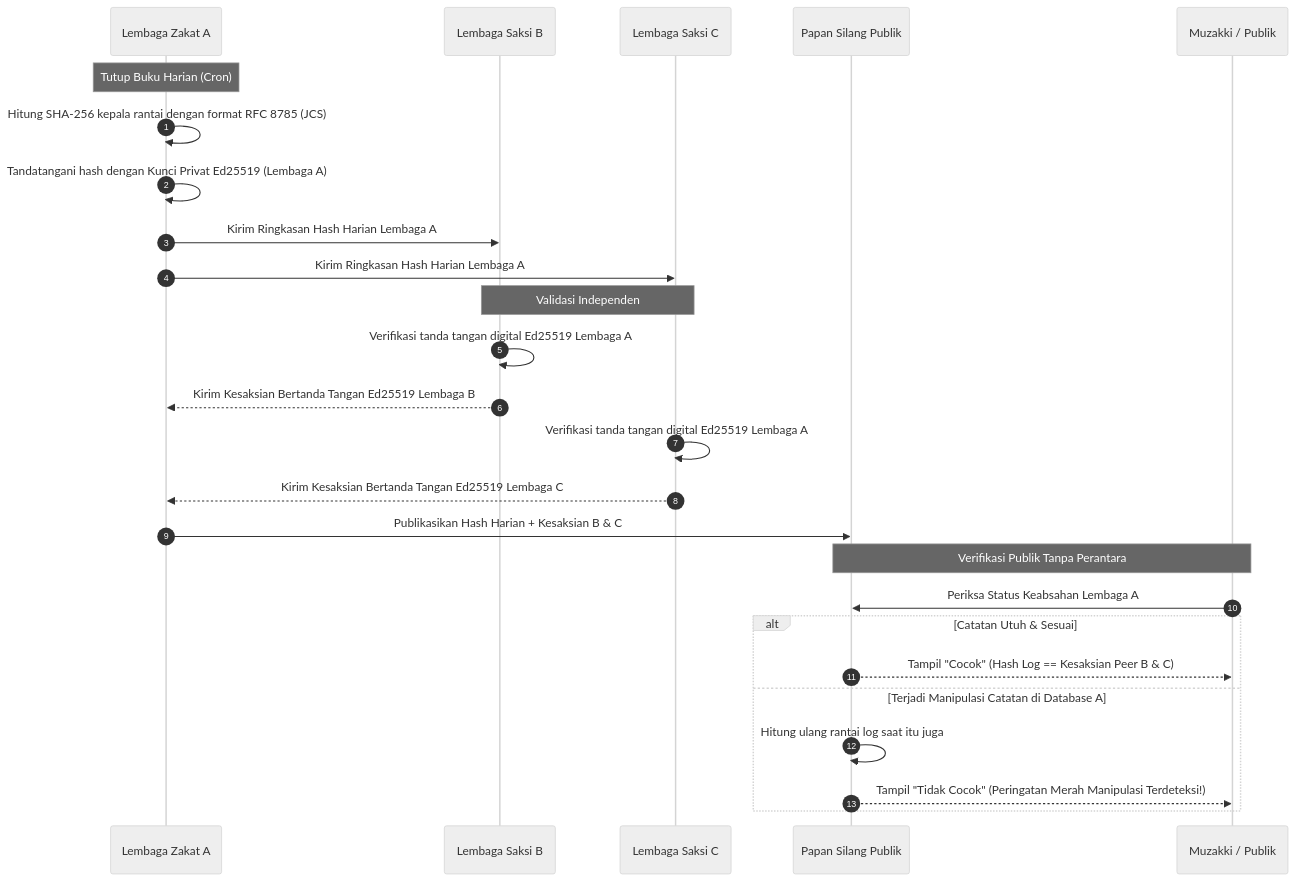
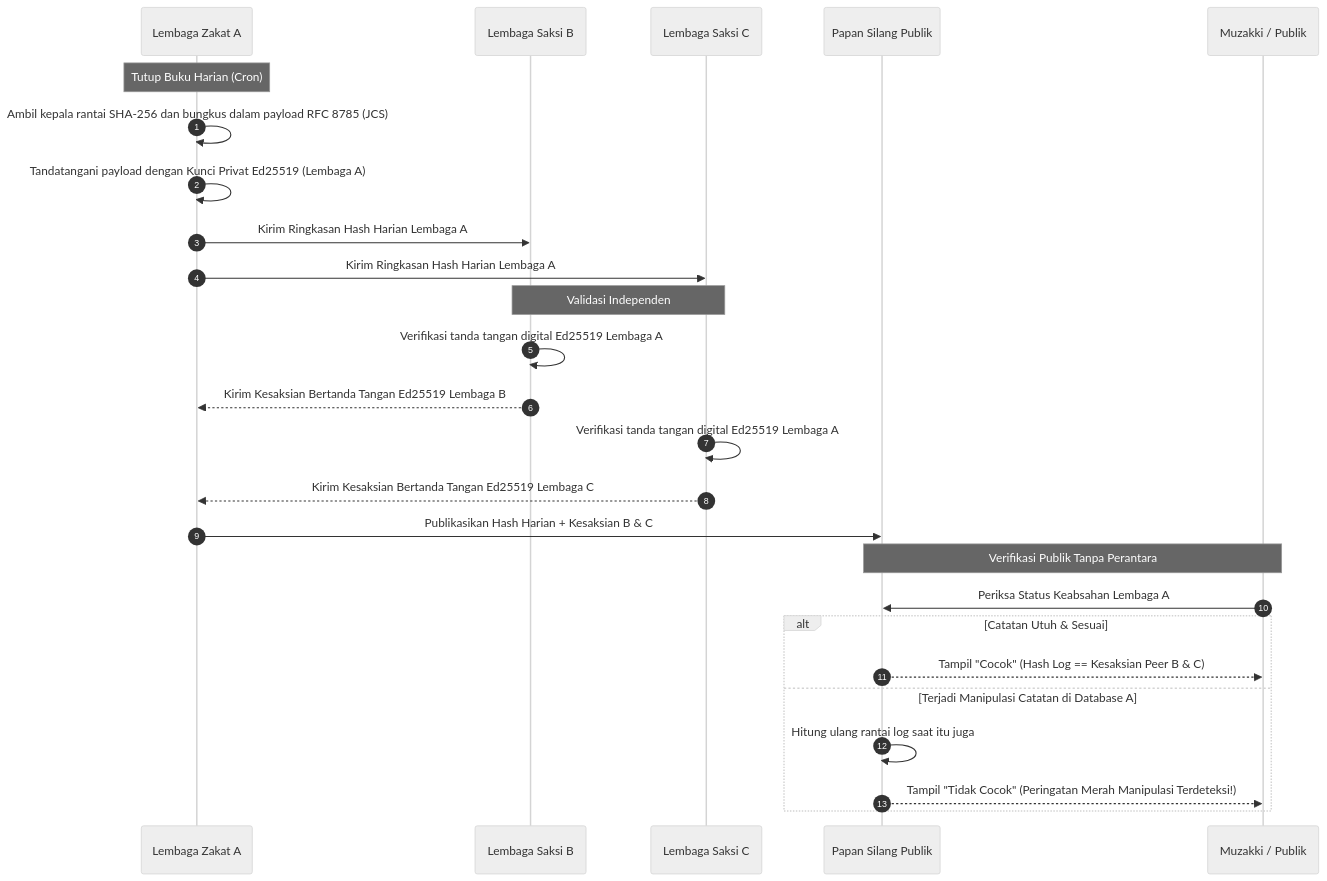
One commit to wakhidpangestu/zaky changed the second of 3 diagrams in README.md. Above: the diagram before and after it, drawn with Mermaid (neutral theme). The commit also changed other lines of this file and 15 other files, not shown here.

````diff
--- a/README.md
+++ b/README.md
@@ -153,32 +154,32 @@
 ```mermaid
 sequenceDiagram
     autonumber
     participant A as Lembaga Zakat A
     participant B as Lembaga Saksi B
     participant C as Lembaga Saksi C
     participant PS as Papan Silang Publik
     participant Pub as Muzakki / Publik
 
     Note over A: Tutup Buku Harian (Cron)
-    A->>A: Hitung SHA-256 kepala rantai dengan format RFC 8785 (JCS)
-    A->>A: Tandatangani hash dengan Kunci Privat Ed25519 (Lembaga A)
+    A->>A: Ambil kepala rantai SHA-256 dan bungkus dalam payload RFC 8785 (JCS)
+    A->>A: Tandatangani payload dengan Kunci Privat Ed25519 (Lembaga A)
     A->>B: Kirim Ringkasan Hash Harian Lembaga A
     A->>C: Kirim Ringkasan Hash Harian Lembaga A
     
     Note over B,C: Validasi Independen
     B->>B: Verifikasi tanda tangan digital Ed25519 Lembaga A
     B-->>A: Kirim Kesaksian Bertanda Tangan Ed25519 Lembaga B
     C->>C: Verifikasi tanda tangan digital Ed25519 Lembaga A
     C-->>A: Kirim Kesaksian Bertanda Tangan Ed25519 Lembaga C
 
     A->>PS: Publikasikan Hash Harian + Kesaksian B & C
     
     Note over Pub,PS: Verifikasi Publik Tanpa Perantara
     Pub->>PS: Periksa Status Keabsahan Lembaga A
     alt Catatan Utuh & Sesuai
         PS-->>Pub: Tampil "Cocok" (Hash Log == Kesaksian Peer B & C)
     else Terjadi Manipulasi Catatan di Database A
         PS->>PS: Hitung ulang rantai log saat itu juga
         PS-->>Pub: Tampil "Tidak Cocok" (Peringatan Merah Manipulasi Terdeteksi!)
     end
 ```
````
